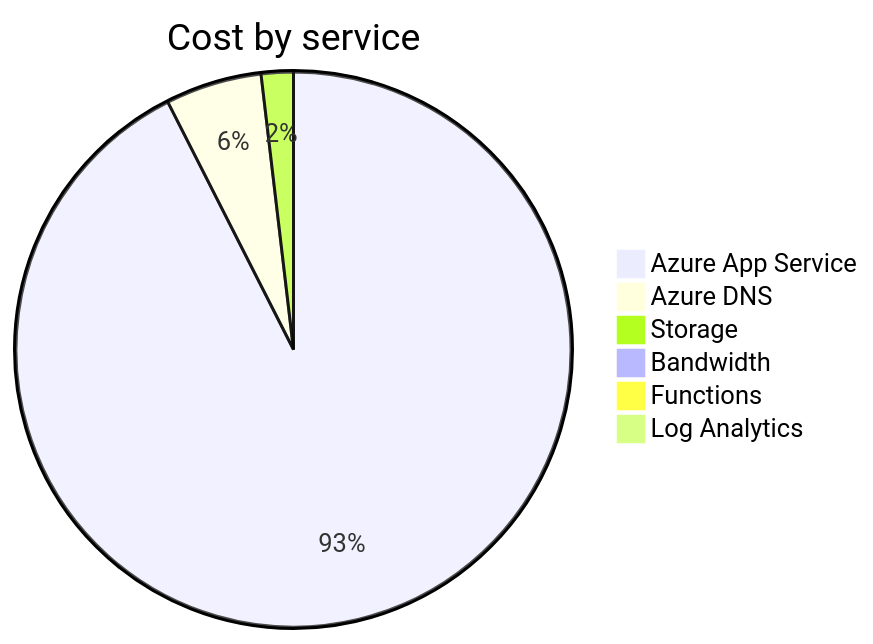
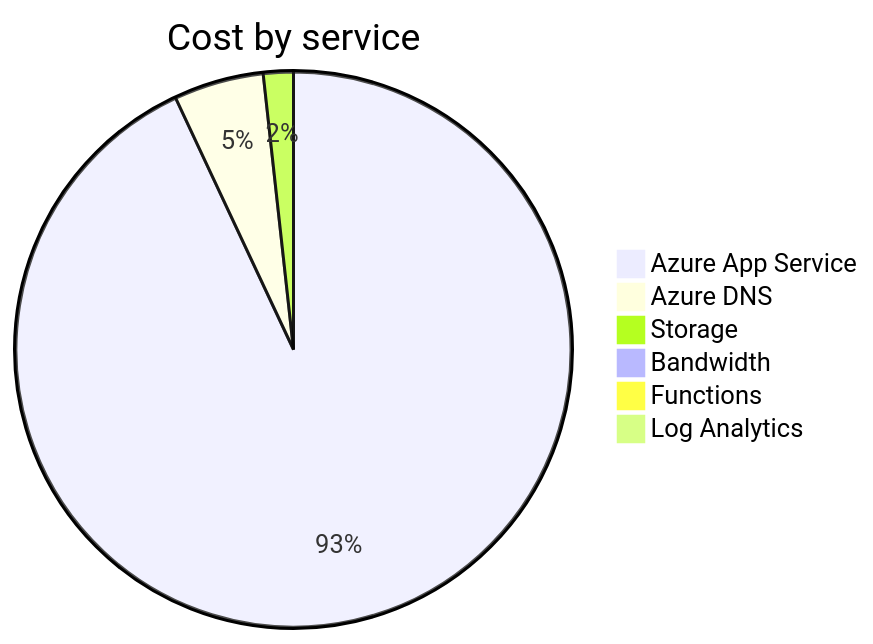
One commit to jpfulton/azure-personal-reports changed the second of 4 diagrams in cost-reports/accumulated-cost.md. Above: the diagram before and after it, drawn with Mermaid. The commit also changed other lines of this file and 4 other files, not shown here.

````diff
--- a/cost-reports/accumulated-cost.md
+++ b/cost-reports/accumulated-cost.md
@@ -100,10 +100,10 @@
 ```mermaid
 pie
    title Cost by service
-   "Azure App Service" : 0.99
-   "Azure DNS" : 0.06
-   "Storage" : 0.02
+   "Azure App Service" : 1.60
+   "Azure DNS" : 0.09
+   "Storage" : 0.03
    "Bandwidth" : 0.00
    "Functions" : 0.00
    "Log Analytics" : 0.00
 ```
````
